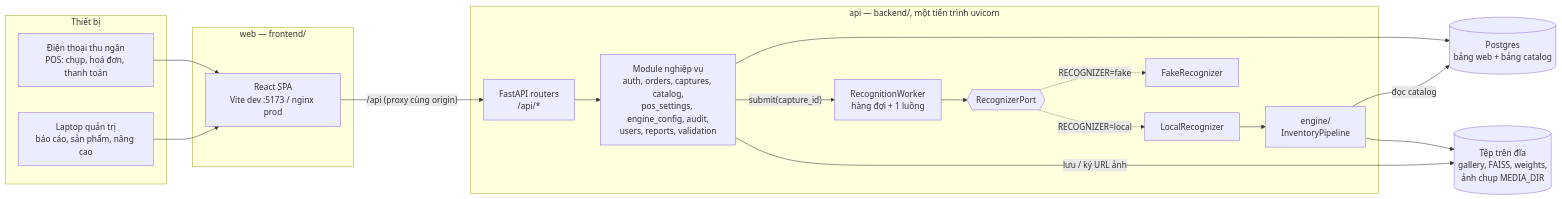
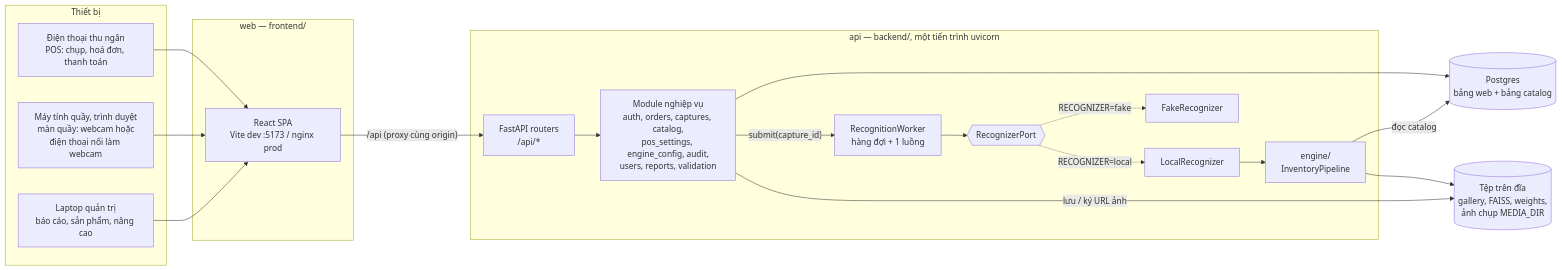
The first of 2 diagrams in docs/system-architecture.md (longpham205/stocktaking_ai), drawn with Mermaid before and after one commit. The commit also changed other lines of this file and 12 other files, not shown here.

````diff
--- a/docs/system-architecture.md
+++ b/docs/system-architecture.md
@@ -7,38 +7,40 @@
 ```mermaid
 flowchart LR
     subgraph client["Thiết bị"]
         phone[Điện thoại thu ngân<br/>POS: chụp, hoá đơn, thanh toán]
+        desk[Máy tính quầy, trình duyệt<br/>màn quầy: webcam hoặc<br/>điện thoại nối làm webcam]
         laptop[Laptop quản trị<br/>báo cáo, sản phẩm, nâng cao]
     end
 
     subgraph web["web — frontend/"]
         spa[React SPA<br/>Vite dev :5173 / nginx prod]
     end
 
     subgraph api["api — backend/, một tiến trình uvicorn"]
         routers["FastAPI routers<br/>/api/*"]
         services[Module nghiệp vụ<br/>auth, orders, captures, catalog,<br/>pos_settings, engine_config, audit,<br/>users, reports, validation]
         worker[RecognitionWorker<br/>hàng đợi + 1 luồng]
         port{{RecognizerPort}}
         fake[FakeRecognizer]
         local[LocalRecognizer]
         engine["engine/<br/>InventoryPipeline"]
     end
 
     pg[(Postgres<br/>bảng web + bảng catalog)]
     files[(Tệp trên đĩa<br/>gallery, FAISS, weights,<br/>ảnh chụp MEDIA_DIR)]
 
     phone --> spa
+    desk --> spa
     laptop --> spa
     spa -- "/api (proxy cùng origin)" --> routers
     routers --> services
     services --> pg
     services -- "submit(capture_id)" --> worker
     worker --> port
     port -. "RECOGNIZER=fake" .-> fake
     port -. "RECOGNIZER=local" .-> local
     local --> engine
     engine -- "đọc catalog" --> pg
     engine --> files
     services -- "lưu / ký URL ảnh" --> files
 ```
````
